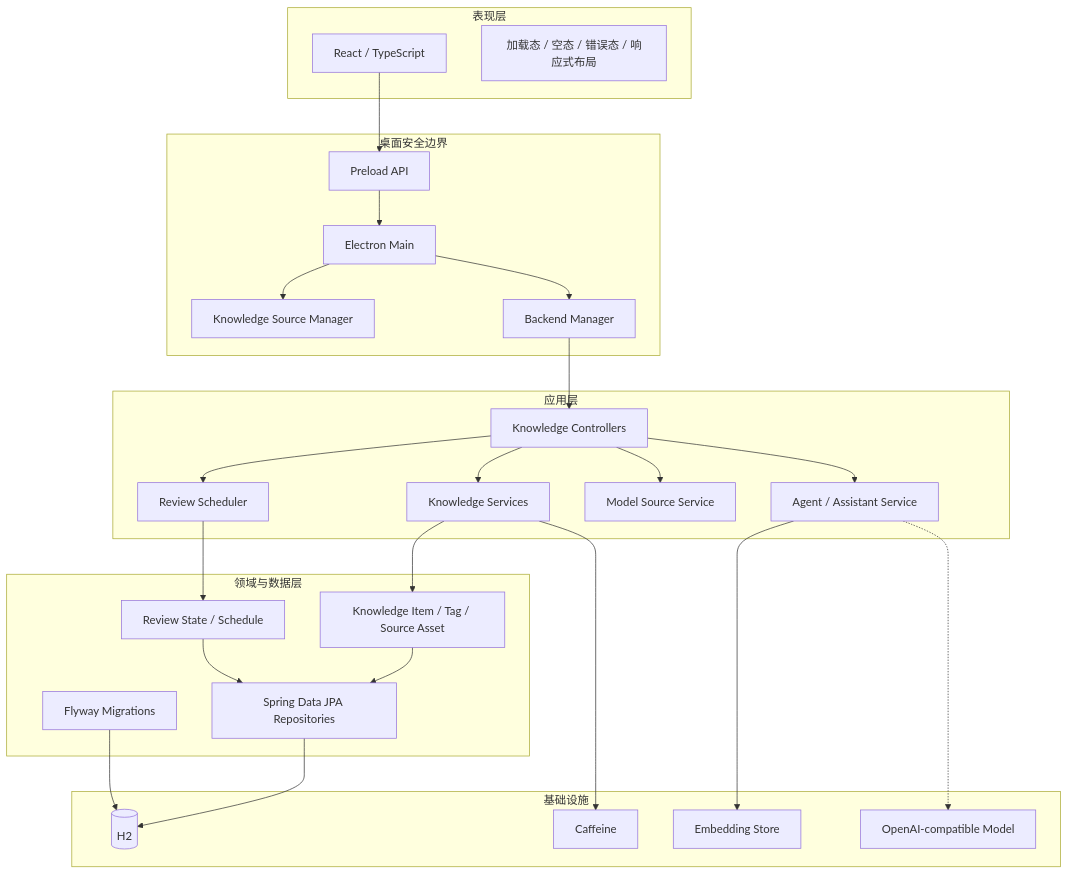
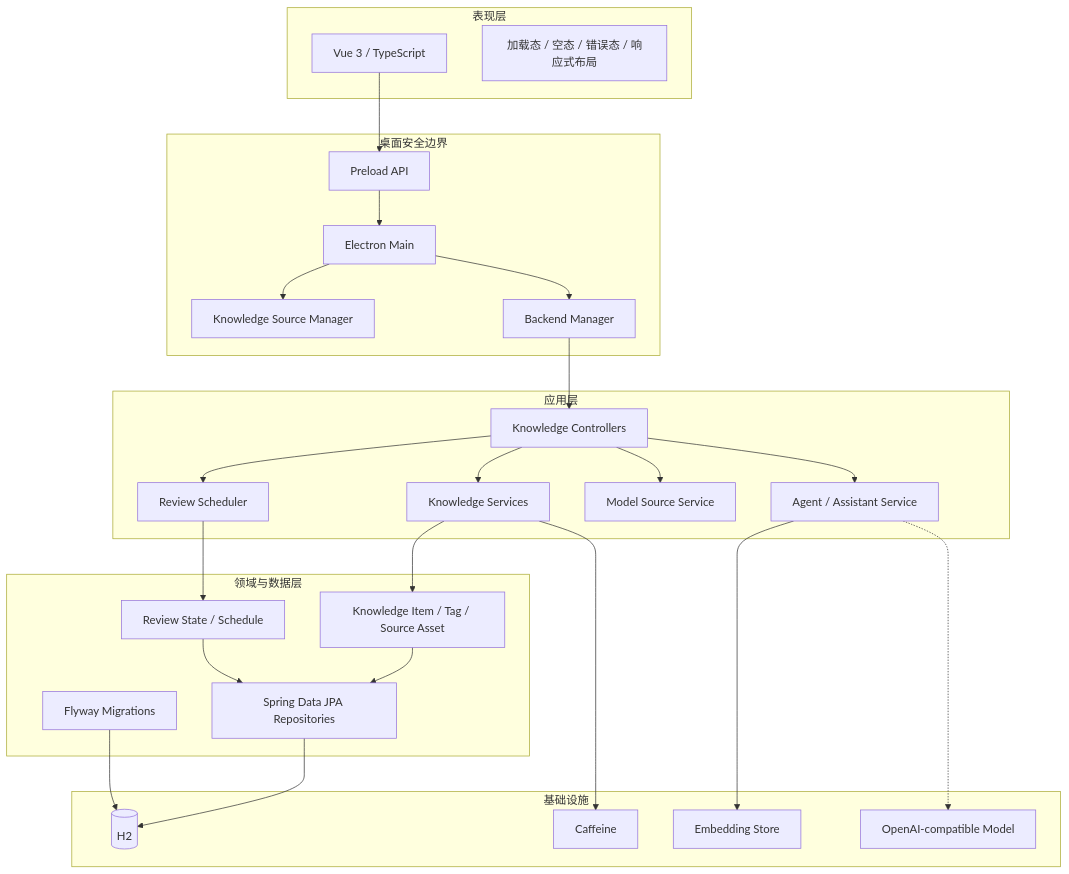
The third of 6 diagrams in PROJECT_SHOWCASE.md (lqq151510/Ai-Agent), drawn with Mermaid before and after one commit. The commit also changed other lines of this file and 10 other files, not shown here.

````diff
--- a/PROJECT_SHOWCASE.md
+++ b/PROJECT_SHOWCASE.md
@@ -69,51 +69,51 @@
 ```mermaid
 flowchart TB
     subgraph Presentation[表现层]
-        R[React / TypeScript]
+        R[Vue 3 / TypeScript]
         UX[加载态 / 空态 / 错误态 / 响应式布局]
     end
 
     subgraph DesktopBoundary[桌面安全边界]
         P[Preload API]
         M[Electron Main]
         KS[Knowledge Source Manager]
         BM[Backend Manager]
     end
 
     subgraph Application[应用层]
         KC[Knowledge Controllers]
         KSVC[Knowledge Services]
         RSVC[Review Scheduler]
         MSVC[Model Source Service]
         ASVC[Agent / Assistant Service]
     end
 
     subgraph Domain[领域与数据层]
         ITEM[Knowledge Item / Tag / Source Asset]
         REVIEW[Review State / Schedule]
         REPO[Spring Data JPA Repositories]
         MIG[Flyway Migrations]
     end
 
     subgraph Infrastructure[基础设施]
         H2[(H2)]
         CACHE[Caffeine]
         EMB[Embedding Store]
         LLM[OpenAI-compatible Model]
     end
 
     R --> P --> M
     M --> KS
     M --> BM --> KC
     KC --> KSVC
     KC --> RSVC
     KC --> MSVC
     KC --> ASVC
     KSVC --> ITEM --> REPO
     RSVC --> REVIEW --> REPO
     REPO --> H2
     MIG --> H2
     KSVC --> CACHE
     ASVC --> EMB
     ASVC -.-> LLM
 ```
````
